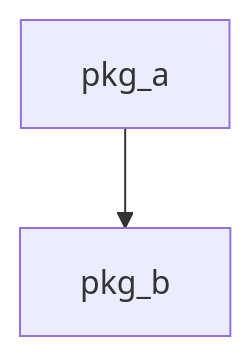
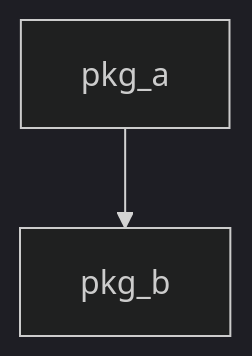
The diagram in tests/fixtures/codemap-arch-clean/ARCHITECTURE.md (rdwornik/dev-knowledge), drawn with Mermaid before and after one commit. The commit also changed 2 other files, not shown here.

Commit message:
fix(codemap): emit dark-theme directive in generated mermaid
Mermaid's default light theme renders dark-gray text that is unreadable
on a black VS Code background (operator setup). Prepend
%%{init: {'theme':'dark'}}%% as the first line inside every generated
mermaid fence so codemap regeneration produces readable diagrams.

Updates:
- scripts/codemap/mermaid_emit.py — emit directive line
- tests/fixtures/codemap-arch-clean/ARCHITECTURE.md — fixture matches
- ARCHITECTURE.md — regenerated codemap block

All 85 tests pass.

````diff
--- a/tests/fixtures/codemap-arch-clean/ARCHITECTURE.md
+++ b/tests/fixtures/codemap-arch-clean/ARCHITECTURE.md
@@ -4,14 +4,15 @@
 ```mermaid
+%%{init: {'theme':'dark'}}%%
 flowchart TD
     pkg_a[pkg_a]
     pkg_b[pkg_b]
     pkg_a --> pkg_b
     classDef foundation fill:#e8e8e8,stroke:#888
     classDef core fill:#bde0fe,stroke:#1971c2
     classDef orchestration fill:#a5d8ff,stroke:#1971c2
     classDef interface fill:#74c0fc,stroke:#1864ab
     classDef orphan fill:#fff5f5,stroke:#fa5252,stroke-dasharray:4 4
     classDef cycle stroke:#e03131,stroke-width:2px
     click pkg_a href "src/pkg_a/" "Open pkg_a"
     click pkg_b href "src/pkg_b/" "Open pkg_b"
 ```
````
